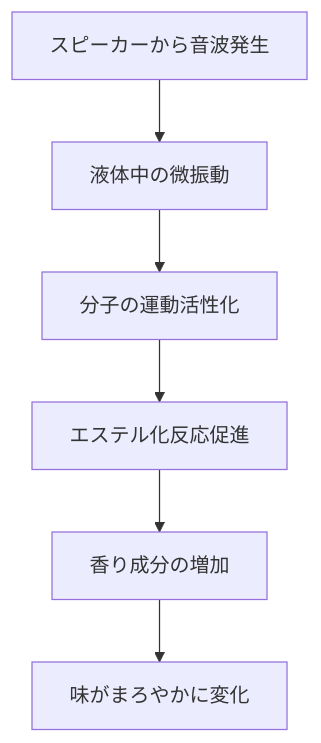
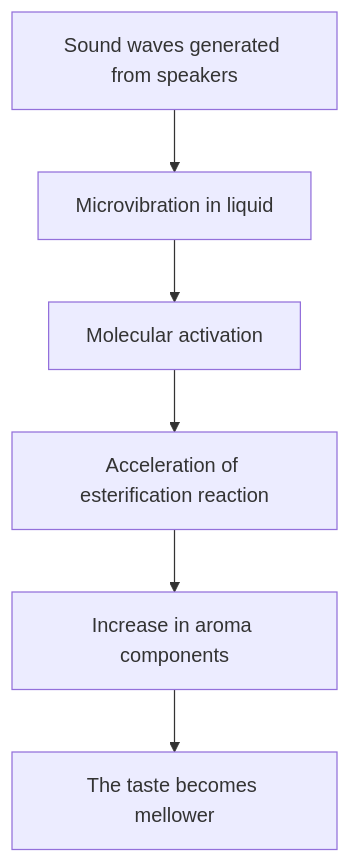
The first of 5 diagrams in en/_posts/2025-11-01-column-shochu-sound-aging.md (monumental-movement/monumental-movement.github.io), drawn with Mermaid before and after one commit. The commit also changed other lines of this file and 152 other files, not shown here.

```diff
--- a/en/_posts/2025-11-01-column-shochu-sound-aging.md
+++ b/en/_posts/2025-11-01-column-shochu-sound-aging.md
@@ -161,11 +161,11 @@
 <div class="mermaid">
 
 graph TD
-A[スピーカーから音波発生] --> B[液体中の微振動]
-B --> C[分子の運動活性化]
-C --> D[エステル化反応促進]
-D --> E[香り成分の増加]
-E --> F[味がまろやかに変化]
+A[Sound waves generated from speakers] --> B[Microvibration in liquid]
+B --> C[Molecular activation]
+C --> D[Acceleration of esterification reaction]
+D --> E[Increase in aroma components]
+E --> F[The taste becomes mellower]
 
 
 </div>
```
